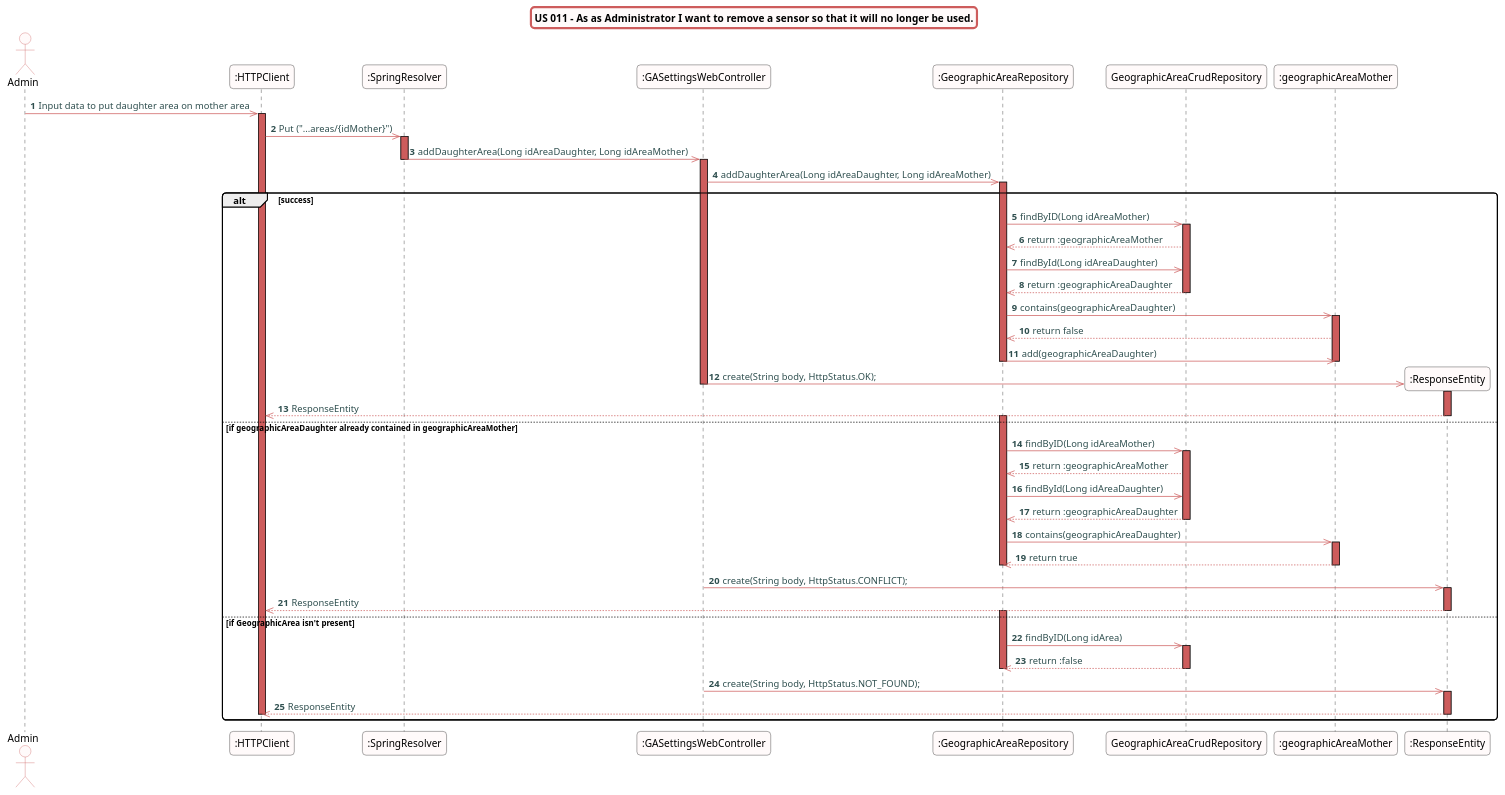
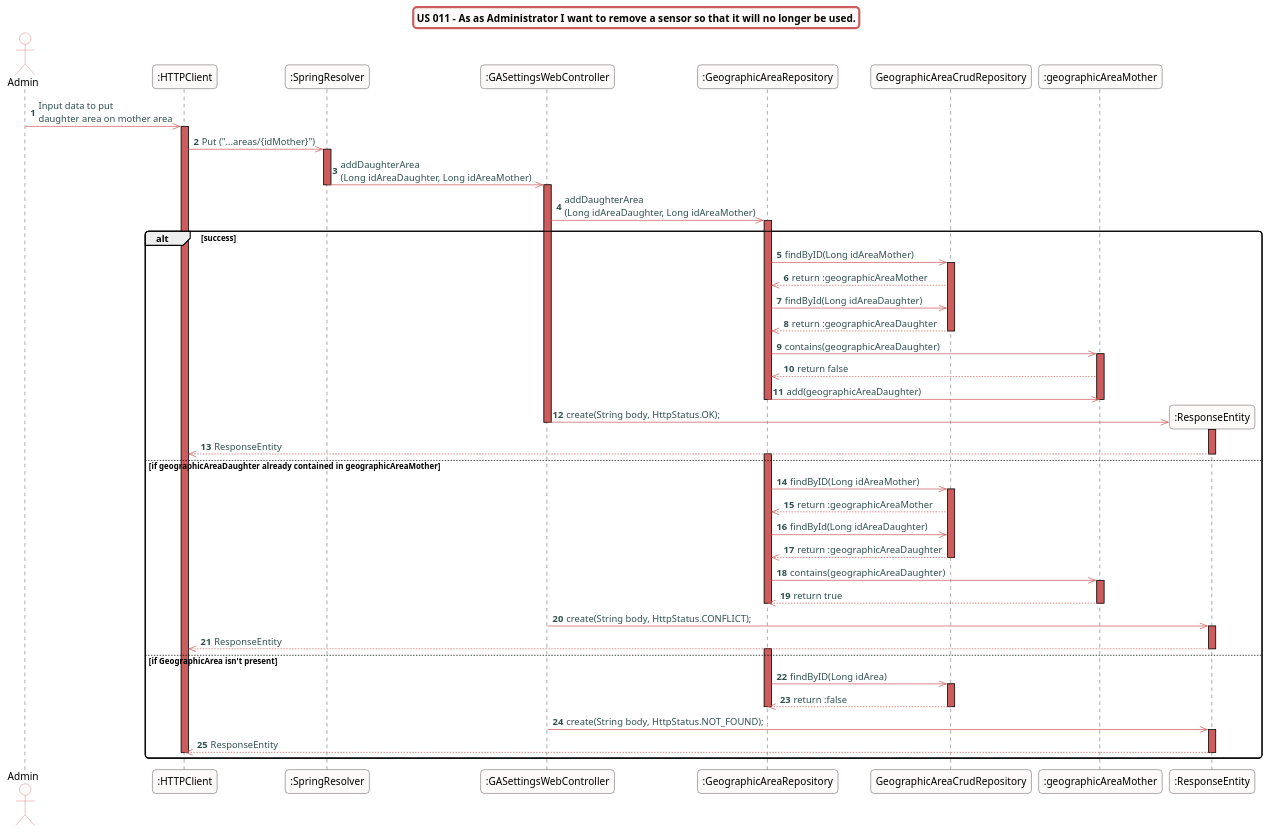
One commit to Almadanmp/project changed the diagram in src/doc/WEB_Controllers/GASettings/US007/US007_sd_GASettingsWebController.puml. Above: the diagram before and after it, drawn with PlantUML. The commit also changed 15 other files, not shown here.

```diff
--- a/src/doc/WEB_Controllers/GASettings/US007/US007_sd_GASettingsWebController.puml
+++ b/src/doc/WEB_Controllers/GASettings/US007/US007_sd_GASettingsWebController.puml
@@ -1,93 +1,93 @@
 @startuml
 skinparam titleBorderRoundCorner 10
 skinparam titleBorderThickness 3
 skinparam titleBorderColor indianred
 skinparam titleBackgroundColor snow
 skinparam FontName quicksand
 
 skinparam actor {
  	BorderColor indianred
  	backgroundColor Snow
  	}
 
  skinparam sequence {
  	LifeLineBackgroundColor indianred
  	ParticipantBackgroundColor snow
 }
 
  skinparam roundcorner 10
 
  skinparam component {
    arrowThickness 1
    ArrowFontName Verdana
    ArrowColor indianred
    ArrowFontColor darkslategrey
  }
 title US 011 - As as Administrator I want to remove a sensor so that it will no longer be used.
 autonumber
 actor "Admin"
-"Admin" ->> ":HTTPClient":  Input data to put daughter area on mother area
+"Admin" ->> ":HTTPClient":  Input data to put\ndaughter area on mother area
 activate ":HTTPClient"
 ":HTTPClient" ->> ":SpringResolver": Put ("...areas/{idMother}")
 activate ":SpringResolver"
-":SpringResolver" ->> ":GASettingsWebController": addDaughterArea(Long idAreaDaughter, Long idAreaMother)
+":SpringResolver" ->> ":GASettingsWebController": addDaughterArea\n(Long idAreaDaughter, Long idAreaMother)
 deactivate ":SpringResolver"
 activate ":GASettingsWebController"
-":GASettingsWebController" ->> ":GeographicAreaRepository": addDaughterArea(Long idAreaDaughter, Long idAreaMother)
+":GASettingsWebController" ->> ":GeographicAreaRepository": addDaughterArea\n(Long idAreaDaughter, Long idAreaMother)
 alt success
 activate ":GeographicAreaRepository"
 ":GeographicAreaRepository" ->> "GeographicAreaCrudRepository": findByID(Long idAreaMother)
 activate "GeographicAreaCrudRepository"
 "GeographicAreaCrudRepository" -->> ":GeographicAreaRepository": return :geographicAreaMother
 ":GeographicAreaRepository" ->> "GeographicAreaCrudRepository": findById(Long idAreaDaughter)
 "GeographicAreaCrudRepository" -->> ":GeographicAreaRepository": return :geographicAreaDaughter
 deactivate "GeographicAreaCrudRepository"
 
 ":GeographicAreaRepository" ->> ":geographicAreaMother": contains(geographicAreaDaughter)
 activate ":geographicAreaMother"
 ":geographicAreaMother" -->> ":GeographicAreaRepository": return false
 ":GeographicAreaRepository" ->> ":geographicAreaMother": add(geographicAreaDaughter)
 deactivate ":geographicAreaMother"
 deactivate ":GeographicAreaRepository"
 create ":ResponseEntity"
 ":GASettingsWebController" ->> ":ResponseEntity": create(String body, HttpStatus.OK);
 activate ":ResponseEntity"
 deactivate ":GASettingsWebController"
 ":ResponseEntity" -->> ":HTTPClient": ResponseEntity
 deactivate ":ResponseEntity"
 else if geographicAreaDaughter already contained in geographicAreaMother
 activate ":GeographicAreaRepository"
 
 ":GeographicAreaRepository" ->> "GeographicAreaCrudRepository": findByID(Long idAreaMother)
 activate "GeographicAreaCrudRepository"
 "GeographicAreaCrudRepository" -->> ":GeographicAreaRepository": return :geographicAreaMother
 ":GeographicAreaRepository" ->> "GeographicAreaCrudRepository": findById(Long idAreaDaughter)
 "GeographicAreaCrudRepository" -->> ":GeographicAreaRepository": return :geographicAreaDaughter
 deactivate "GeographicAreaCrudRepository"
 ":GeographicAreaRepository" ->> ":geographicAreaMother": contains(geographicAreaDaughter)
 activate ":geographicAreaMother"
 ":geographicAreaMother" -->> ":GeographicAreaRepository": return true
 deactivate ":geographicAreaMother"
 deactivate ":GeographicAreaRepository"
 ":GASettingsWebController" ->> ":ResponseEntity": create(String body, HttpStatus.CONFLICT);
 activate ":ResponseEntity"
 ":ResponseEntity" -->> ":HTTPClient": ResponseEntity
 deactivate ":ResponseEntity"
 else if GeographicArea isn't present
 activate ":GeographicAreaRepository"
 
 ":GeographicAreaRepository" ->> "GeographicAreaCrudRepository": findByID(Long idArea)
 activate "GeographicAreaCrudRepository"
 "GeographicAreaCrudRepository" -->> ":GeographicAreaRepository": return :false
 deactivate "GeographicAreaCrudRepository"
 deactivate ":GeographicAreaRepository"
 ":GASettingsWebController" ->> ":ResponseEntity": create(String body, HttpStatus.NOT_FOUND);
 activate ":ResponseEntity"
 
 ":ResponseEntity" -->> ":HTTPClient": ResponseEntity
 deactivate ":HTTPClient"
 deactivate ":ResponseEntity"
 end
 
 
 @enduml
```
